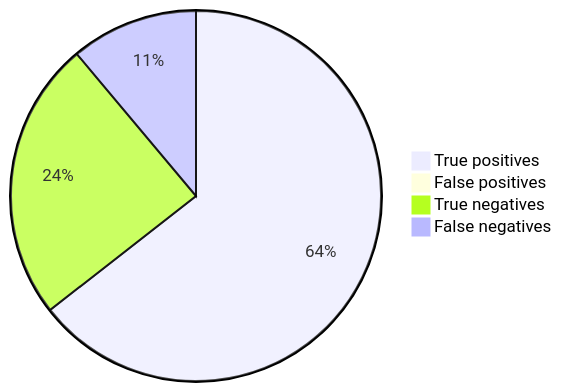
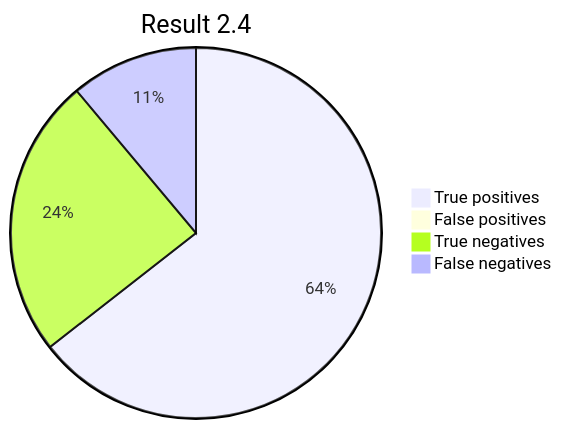
One commit to VCityTeam/PEPR-VDBI changed the second of 3 diagrams in data-integration/README.md. Above: the diagram before and after it, drawn with Mermaid. The commit also changed other lines of this file and 8 other files, not shown here.

Commit message:
update mermaid themes for light backgrounds

````diff
--- a/data-integration/README.md
+++ b/data-integration/README.md
@@ -450,7 +450,10 @@
 ```mermaid
+---
+title: Result 2.4
+---
 pie
   "True positives" : 29
   "False positives" : 0
   "True negatives" : 11
   "False negatives" : 5
 ```
````
